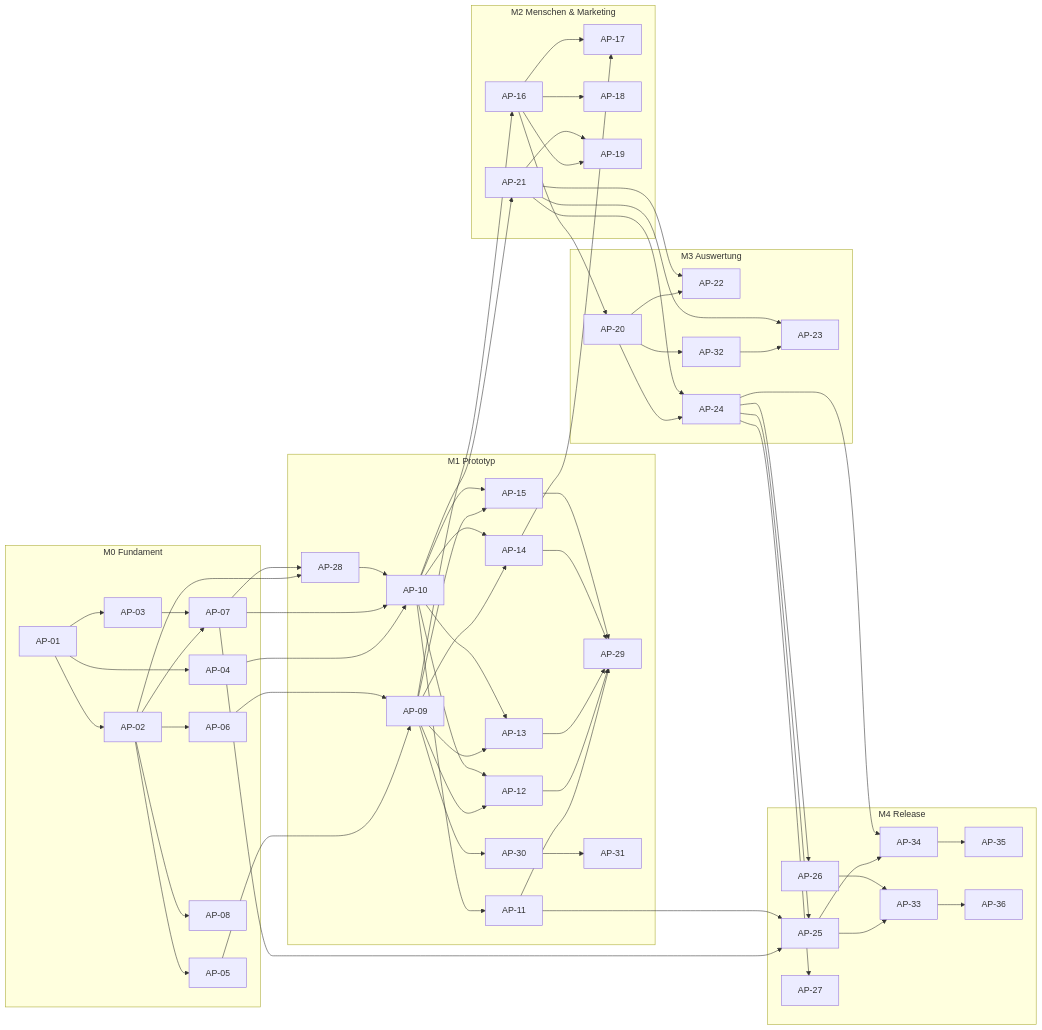
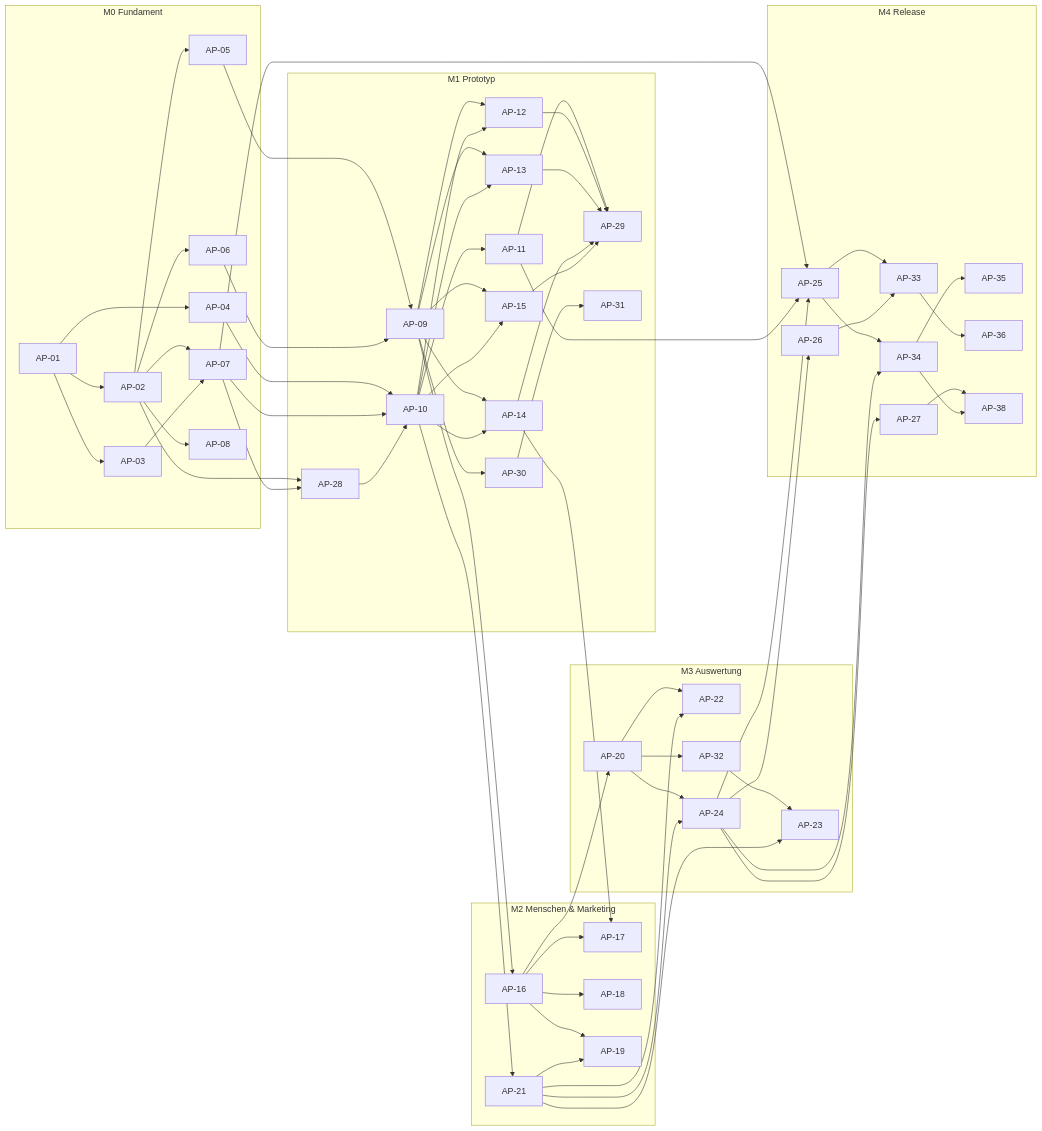
The third of 3 diagrams in docs/masterBuildPlan.md (CemDCoding/appManager), drawn with Mermaid before and after one commit. The commit also changed other lines of this file, not shown here.

````diff
--- a/docs/masterBuildPlan.md
+++ b/docs/masterBuildPlan.md
@@ -591,48 +594,50 @@
 ```mermaid
 flowchart LR
   subgraph M0["M0 Fundament"]
     AP01["AP-01"] --> AP02["AP-02"] & AP03["AP-03"] & AP04["AP-04"]
     AP02 --> AP05["AP-05"] & AP06["AP-06"] & AP07["AP-07"] & AP08["AP-08"]
     AP03 --> AP07
   end
   subgraph M1["M1 Prototyp"]
     AP09["AP-09"]
     AP28["AP-28"]
     AP10["AP-10"]
     AP09 & AP10 --> AP12["AP-12"] & AP13["AP-13"] & AP14["AP-14"] & AP15["AP-15"]
     AP10 --> AP11["AP-11"]
     AP11 & AP12 & AP13 & AP14 & AP15 --> AP29["AP-29"]
     AP09 --> AP30["AP-30"] --> AP31["AP-31"]
   end
   subgraph M2["M2 Menschen & Marketing"]
     AP16["AP-16"] --> AP17["AP-17"] & AP18["AP-18"] & AP19["AP-19"]
     AP21["AP-21"] --> AP19
   end
   subgraph M3["M3 Auswertung"]
     AP20["AP-20"] --> AP22["AP-22"] & AP24["AP-24"] & AP32["AP-32"]
     AP32 --> AP23["AP-23"]
   end
   AP21 --> AP22 & AP23 & AP24
   AP14 --> AP17
   subgraph M4["M4 Release"]
     AP25["AP-25"]
     AP26["AP-26"]
     AP27["AP-27"]
     AP33["AP-33"]
     AP34["AP-34"]
     AP35["AP-35"]
     AP36["AP-36"]
+    AP38["AP-38"]
   end
   AP05 & AP06 --> AP09
   AP02 & AP07 --> AP28
   AP04 & AP07 & AP28 --> AP10
   AP09 --> AP16 --> AP20
   AP10 --> AP21
   AP07 & AP11 --> AP25
   AP24 --> AP25 & AP26 & AP27
   AP25 --> AP33 & AP34
   AP26 --> AP33
   AP24 --> AP34
   AP34 --> AP35
   AP33 --> AP36
+  AP27 & AP34 --> AP38
 ```
````
